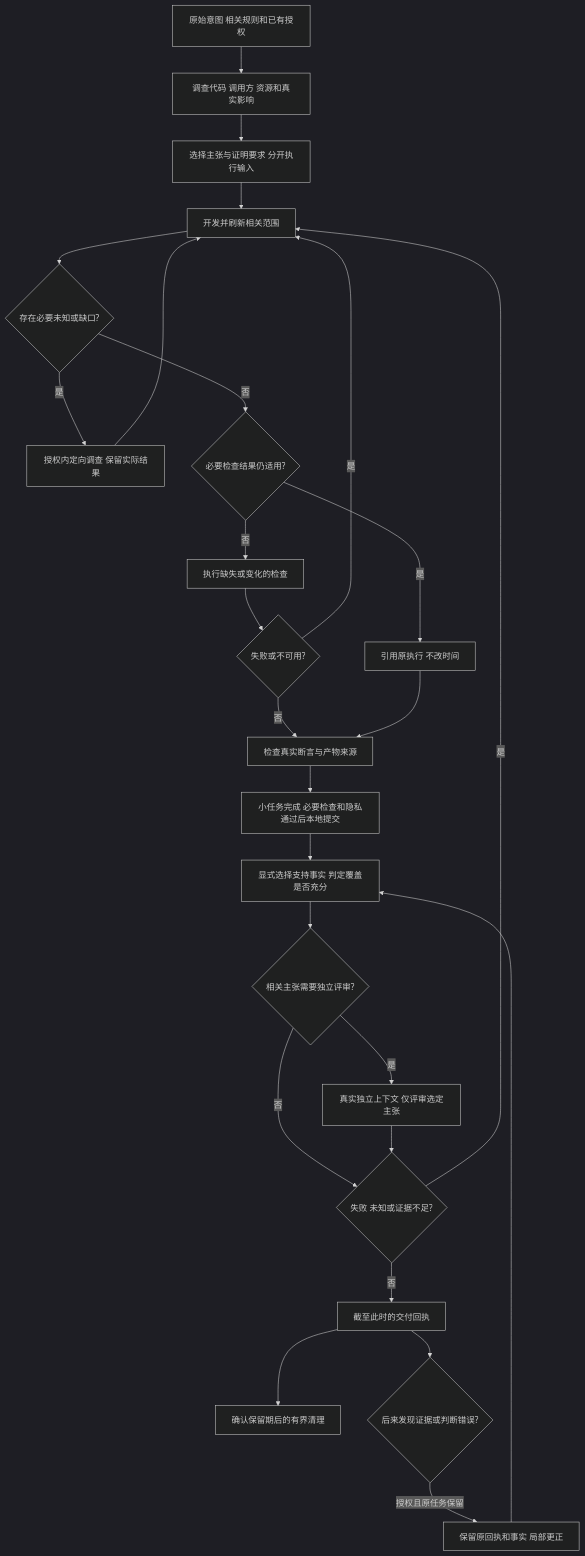
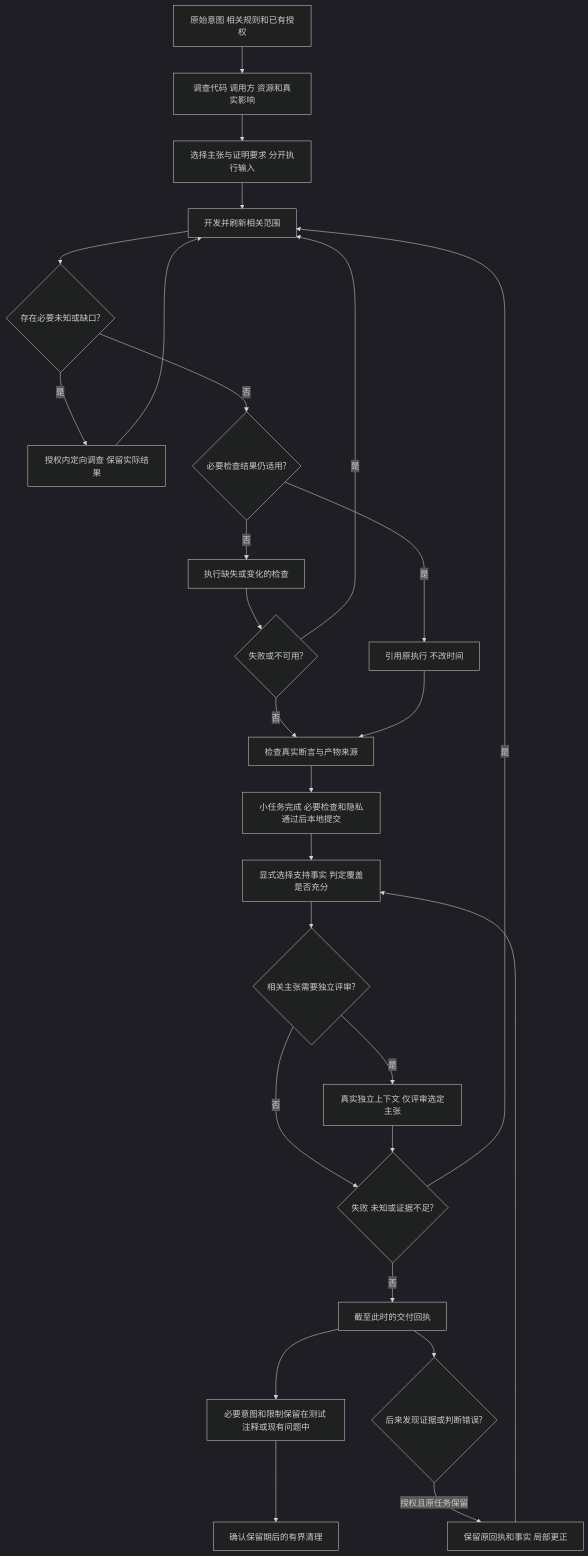
One commit to P3rryW4ng/featrace-dev changed the diagram in docs/usage.md. Above: the diagram before and after it, drawn with Mermaid (dark theme). The commit also changed other lines of this file and 7 other files, not shown here.

````diff
--- a/docs/usage.md
+++ b/docs/usage.md
@@ -9,28 +9,29 @@
 ```mermaid
 flowchart TD
  A[原始意图 相关规则和已有授权] --> B[调查代码 调用方 资源和真实影响]
  B --> C[选择主张与证明要求 分开执行输入]
  C --> D[开发并刷新相关范围]
  D --> E{存在必要未知或缺口?}
  E -->|是| F[授权内定向调查 保留实际结果]
  F --> D
  E -->|否| G{必要检查结果仍适用?}
  G -->|是| H[引用原执行 不改时间]
  G -->|否| I[执行缺失或变化的检查]
  I --> J{失败或不可用?}
  J -->|是| D
  J -->|否| K[检查真实断言与产物来源]
  H --> K
  K --> L[小任务完成 必要检查和隐私通过后本地提交]
  L --> M[显式选择支持事实 判定覆盖是否充分]
  M --> N{相关主张需要独立评审?}
  N -->|是| O[真实独立上下文 仅评审选定主张]
  N -->|否| P{失败 未知或证据不足?}
  O --> P
  P -->|是| D
  P -->|否| Q[截至此时的交付回执]
- Q --> R[确认保留期后的有界清理]
+ Q --> U[必要意图和限制保留在测试 注释或现有问题中]
+ U --> R[确认保留期后的有界清理]
  Q --> S{后来发现证据或判断错误?}
  S -->|授权且原任务保留| T[保留原回执和事实 局部更正]
  T --> M
 ```
````
